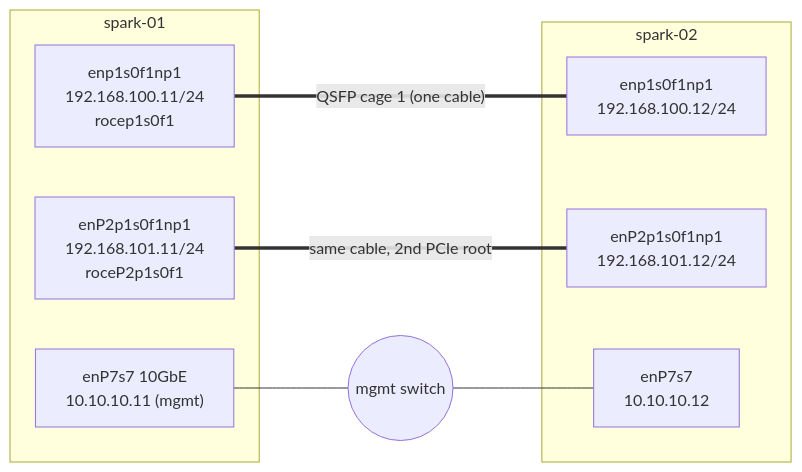
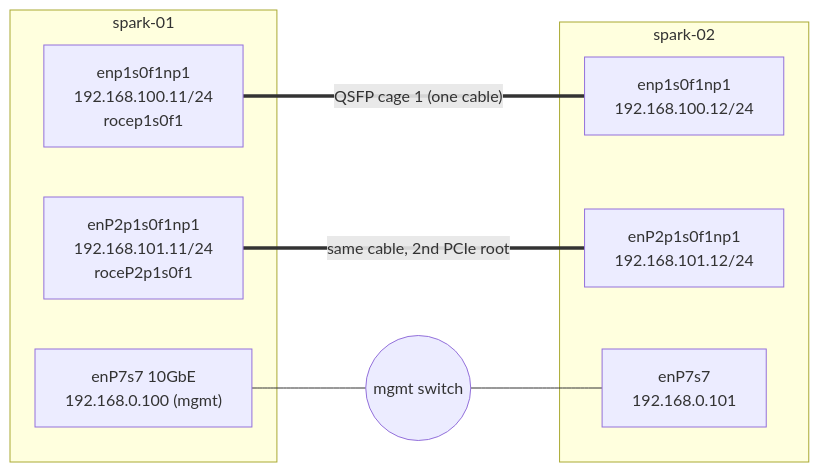
The diagram in 01 Ansible/11-infiniband-fabric-automation-and-opensm.md (cloudone365/technical-depth), drawn with Mermaid before and after one commit. The commit also changed other lines of this file and 57 other files, not shown here.

````diff
--- a/01 Ansible/11-infiniband-fabric-automation-and-opensm.md
+++ b/01 Ansible/11-infiniband-fabric-automation-and-opensm.md
@@ -33,16 +33,16 @@
 ```mermaid
 flowchart LR
   subgraph S1["spark-01"]
     A1["enp1s0f1np1<br/>192.168.100.11/24<br/>rocep1s0f1"]
     B1["enP2p1s0f1np1<br/>192.168.101.11/24<br/>roceP2p1s0f1"]
-    M1["enP7s7 10GbE<br/>10.10.10.11 (mgmt)"]
+    M1["enP7s7 10GbE<br/>192.168.0.100 (mgmt)"]
   end
   subgraph S2["spark-02"]
     A2["enp1s0f1np1<br/>192.168.100.12/24"]
     B2["enP2p1s0f1np1<br/>192.168.101.12/24"]
-    M2["enP7s7<br/>10.10.10.12"]
+    M2["enP7s7<br/>192.168.0.101"]
   end
   A1 === |"QSFP cage 1 (one cable)"| A2
   B1 === |"same cable, 2nd PCIe root"| B2
   M1 --- LAN((mgmt switch)) --- M2
 ```
````
